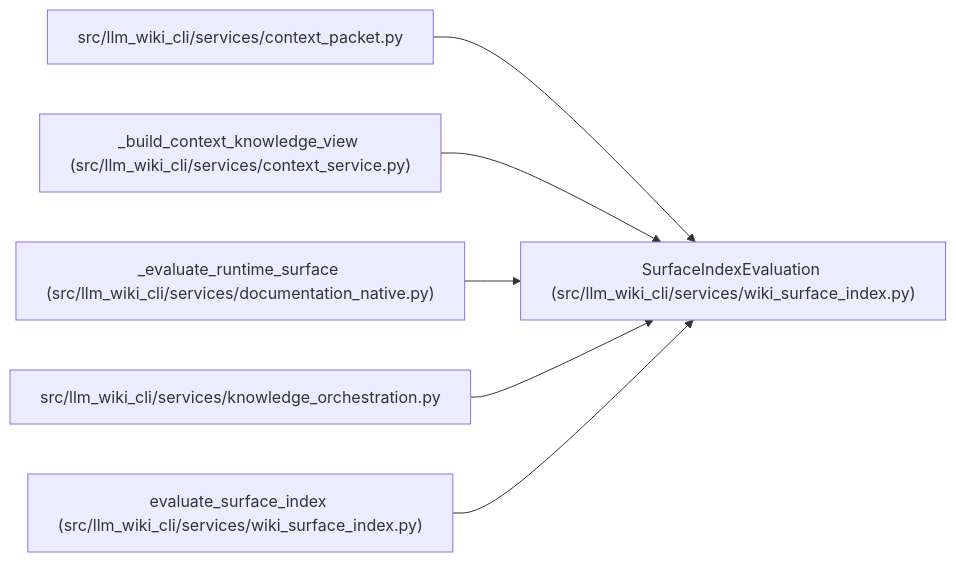
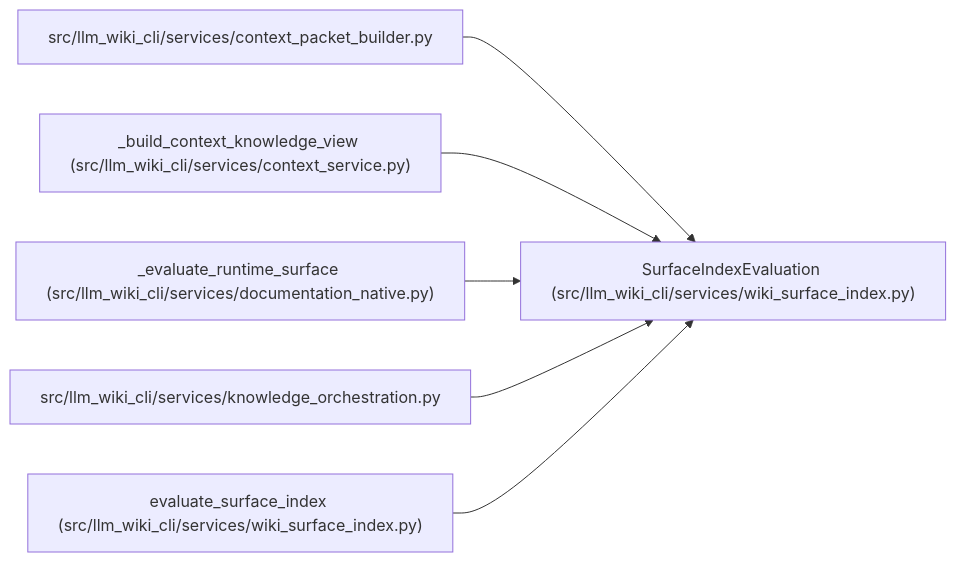
One commit to Denissvgn/python-wiki-llm changed the diagram in docs/llm_wiki/entities/SurfaceIndexEvaluation.md. Above: the diagram before and after it, drawn with Mermaid. The commit also changed other lines of this file and 1555 other files, not shown here.

````diff
--- a/docs/llm_wiki/entities/SurfaceIndexEvaluation.md
+++ b/docs/llm_wiki/entities/SurfaceIndexEvaluation.md
@@ -31,20 +31,20 @@
 ```mermaid
 flowchart LR
     n0["SurfaceIndexEvaluation (src/llm_wiki_cli/services/wiki_surface_index.py)"]
-    n1["src/llm_wiki_cli/services/context_packet.py"]
+    n1["src/llm_wiki_cli/services/context_packet_builder.py"]
     n2["_build_context_knowledge_view (src/llm_wiki_cli/services/context_service.py)"]
     n3["_evaluate_runtime_surface (src/llm_wiki_cli/services/documentation_native.py)"]
     n4["src/llm_wiki_cli/services/knowledge_orchestration.py"]
     n5["evaluate_surface_index (src/llm_wiki_cli/services/wiki_surface_index.py)"]
     n1 --> n0
     n2 --> n0
     n3 --> n0
     n4 --> n0
     n5 --> n0
     click n0 "../modules/wiki_surface_index.md"
-    click n1 "../modules/context_packet.md"
+    click n1 "../modules/context_packet_builder.md"
     click n2 "../modules/context_service.md"
     click n3 "../modules/documentation_native.md"
     click n4 "../modules/knowledge_orchestration.md"
     click n5 "../modules/wiki_surface_index.md"
 ```
````
